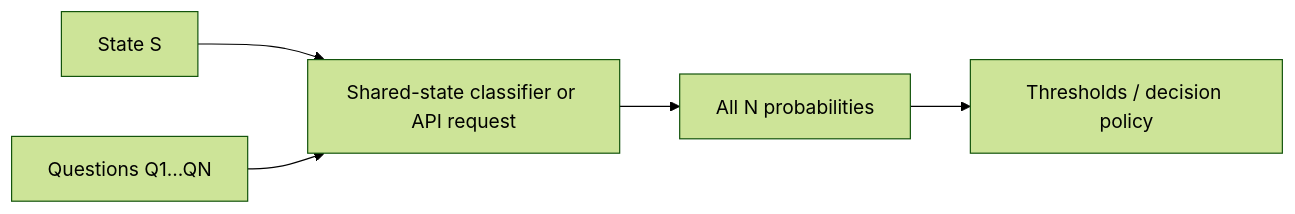
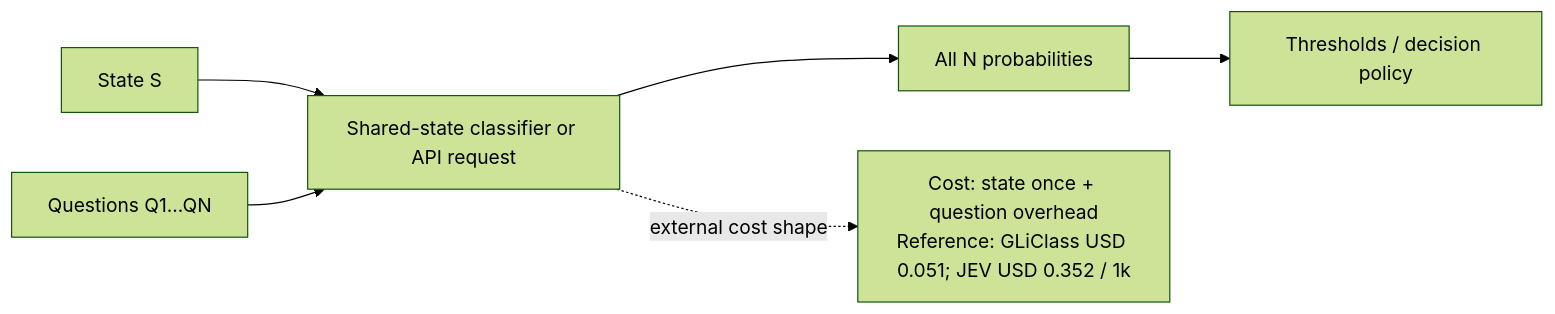
The second of 3 diagrams in articles/blog-post.md (maustin10/System1_classifier_comparisons_transcripts), drawn with Mermaid (forest theme) before and after one commit. The commit also changed other lines of this file and 6 other files, not shown here.

Commit message:
Add cost implications to architecture diagrams

````diff
--- a/articles/blog-post.md
+++ b/articles/blog-post.md
@@ -95,7 +96,8 @@
 ```mermaid
 flowchart LR
     S["State S"] --> R["Shared-state classifier or API request"]
     Q["Questions Q1...QN"] --> R
     R --> Y["All N probabilities"]
     Y --> T["Thresholds / decision policy"]
+    R -. external cost shape .-> C["Cost: state once + question overhead<br/>Reference: GLiClass USD 0.051; JEV USD 0.352 / 1k"]
 ```
````
